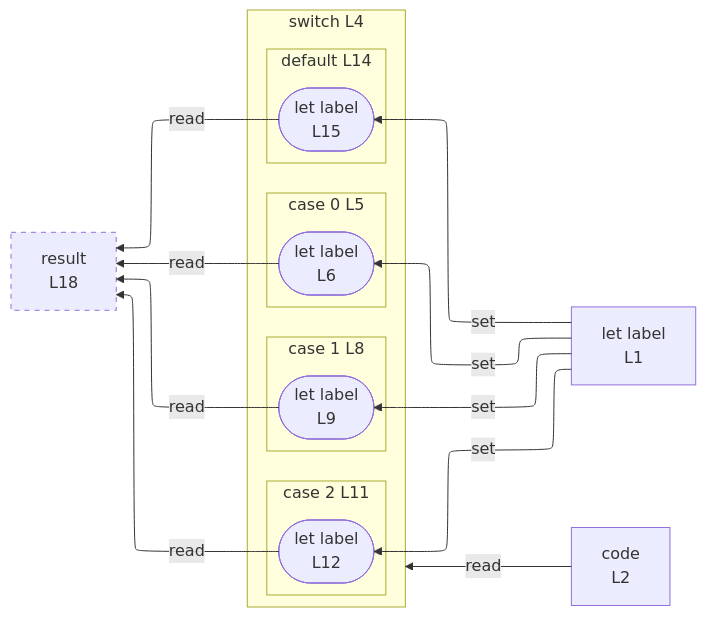
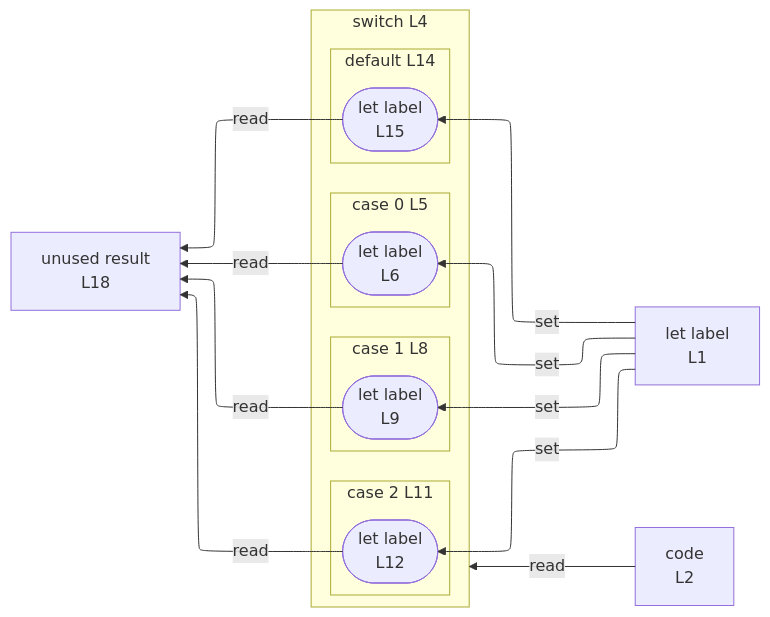
The diagram in integration/fixtures/control-switch-numeric/preview.md (crescware/unsnarl), drawn with Mermaid before and after one commit. The commit also changed 75 other files, not shown here.

````diff
--- a/integration/fixtures/control-switch-numeric/preview.md
+++ b/integration/fixtures/control-switch-numeric/preview.md
@@ -28,37 +28,35 @@
 ```mermaid
 %%{init: {"flowchart": {"defaultRenderer": "elk"}}}%%
 flowchart RL
   n_scope_0_label_4["let label<br/>L1"]
   n_scope_0_code_22["code<br/>L2"]
-  n_scope_0_result_210["result<br/>L18"]
+  n_scope_0_result_210["unused result<br/>L18"]
   subgraph s_scope_1["switch L4"]
     direction RL
     subgraph s_scope_2["case 0 L5"]
       direction RL
       wr_ref_1(["let label<br/>L6"])
     end
     subgraph s_scope_3["case 1 L8"]
       direction RL
       wr_ref_2(["let label<br/>L9"])
     end
     subgraph s_scope_4["case 2 L11"]
       direction RL
       wr_ref_3(["let label<br/>L12"])
     end
     subgraph s_scope_5["default L14"]
       direction RL
       wr_ref_4(["let label<br/>L15"])
     end
   end
   n_scope_0_label_4 -->|set| wr_ref_1
   n_scope_0_label_4 -->|set| wr_ref_2
   n_scope_0_label_4 -->|set| wr_ref_3
   n_scope_0_label_4 -->|set| wr_ref_4
   n_scope_0_code_22 -->|read| s_scope_1
   wr_ref_1 -->|read| n_scope_0_result_210
   wr_ref_2 -->|read| n_scope_0_result_210
   wr_ref_3 -->|read| n_scope_0_result_210
   wr_ref_4 -->|read| n_scope_0_result_210
-  classDef unused stroke-dasharray: 5 5;
-  class n_scope_0_result_210 unused;
 ```
````
